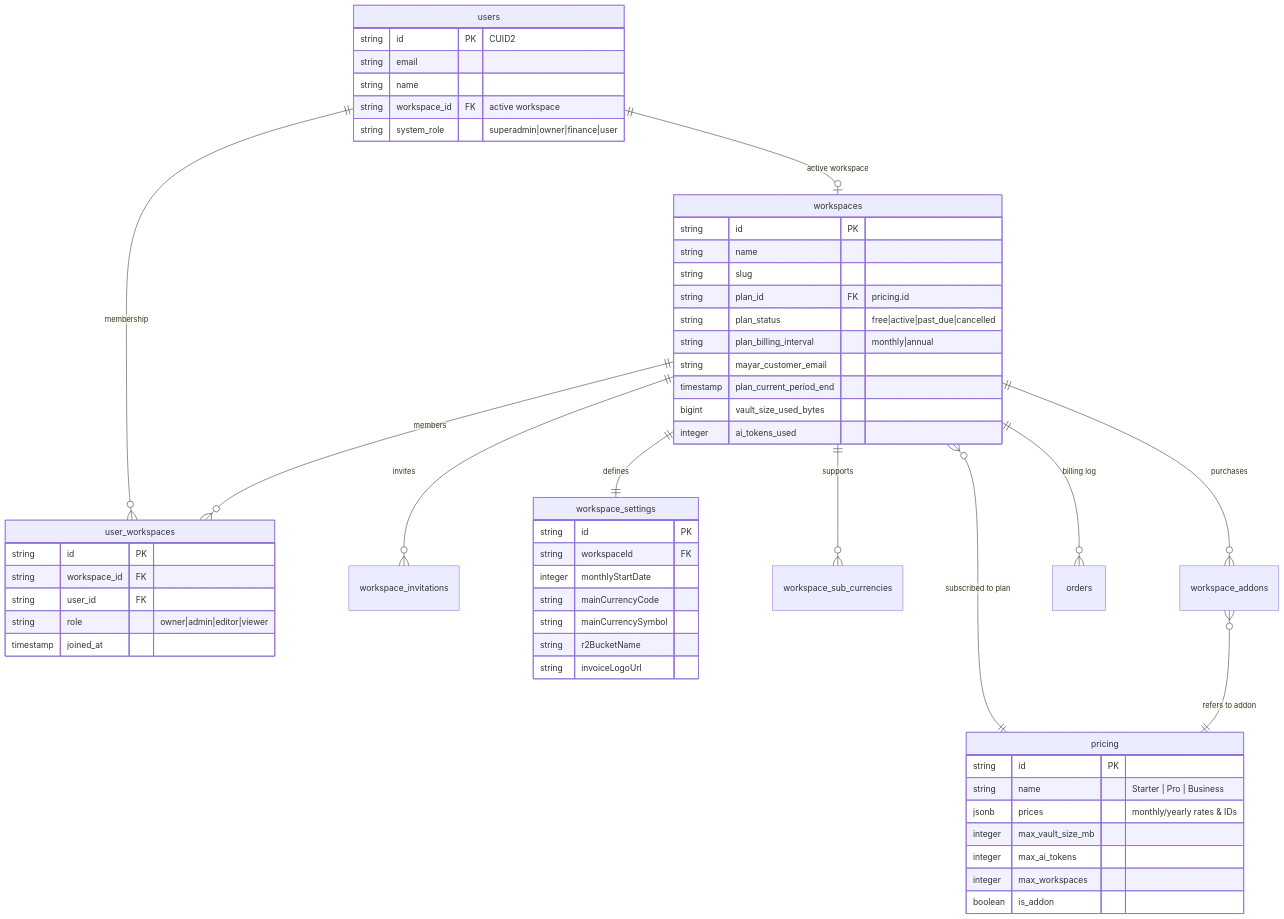
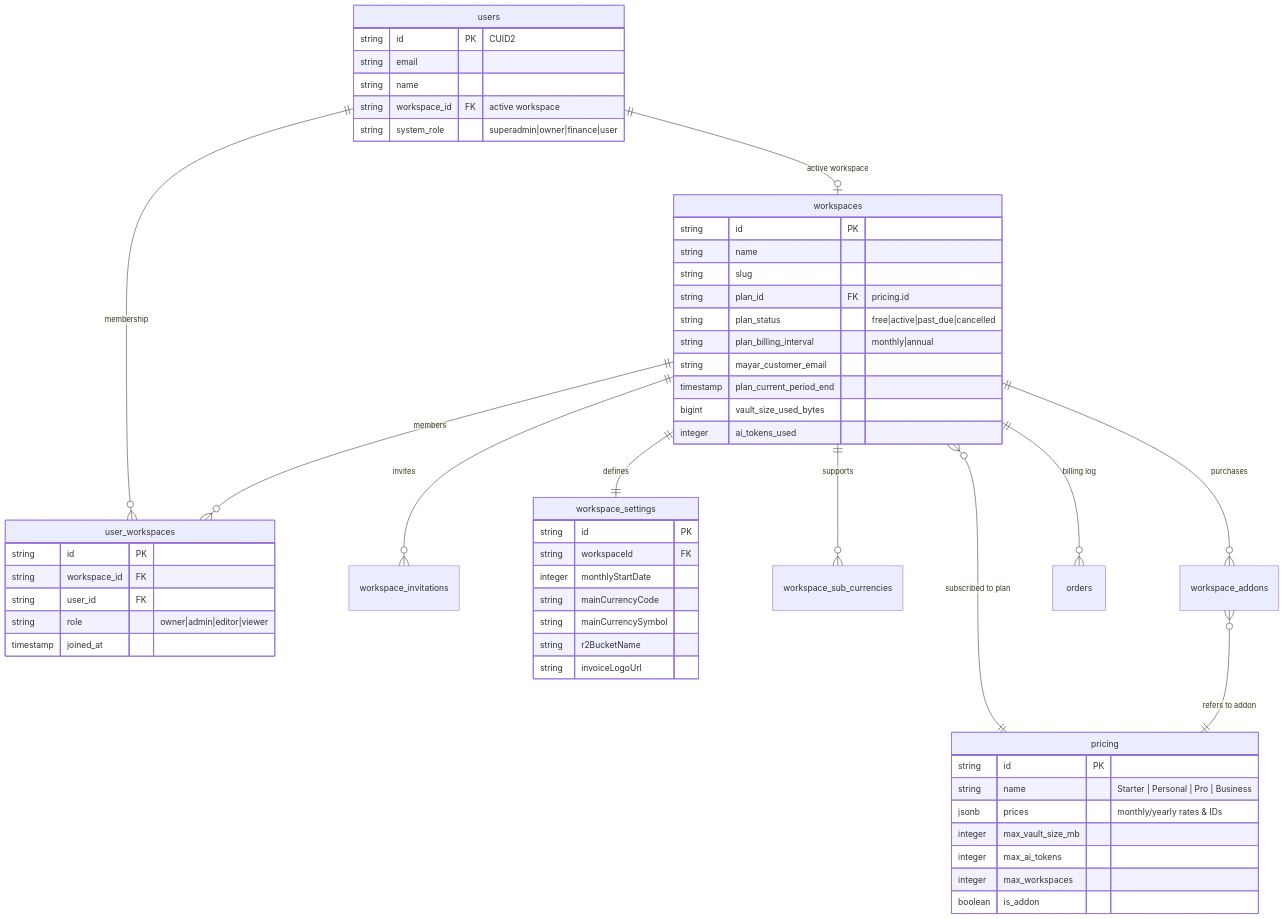
Before and after one commit to lazlanrafar/oewang: the diagram in docs/WORKSPACE_BILLING_SETTINGS.md, drawn with Mermaid. The commit also changed 21 other files, not shown here.

````diff
--- a/docs/WORKSPACE_BILLING_SETTINGS.md
+++ b/docs/WORKSPACE_BILLING_SETTINGS.md
@@ -30,62 +30,62 @@
 ```mermaid
 erDiagram
     users ||--o| workspaces : "active workspace"
     users ||--o{ user_workspaces : "membership"
     workspaces ||--o{ user_workspaces : "members"
     workspaces ||--o{ workspace_invitations : "invites"
     workspaces ||--|| workspace_settings : "defines"
     workspaces ||--o{ workspace_sub_currencies : "supports"
     workspaces ||--o{ workspace_addons : "purchases"
     workspaces }o--|| pricing : "subscribed to plan"
     workspace_addons }o--|| pricing : "refers to addon"
     workspaces ||--o{ orders : "billing log"
 
     users {
         string id PK "CUID2"
         string email
         string name
         string workspace_id FK "active workspace"
         string system_role "superadmin|owner|finance|user"
     }
 
     workspaces {
         string id PK
         string name
         string slug
         string plan_id FK "pricing.id"
         string plan_status "free|active|past_due|cancelled"
         string plan_billing_interval "monthly|annual"
         string mayar_customer_email
         timestamp plan_current_period_end
         bigint vault_size_used_bytes
         integer ai_tokens_used
     }
 
     user_workspaces {
         string id PK
         string workspace_id FK
         string user_id FK
         string role "owner|admin|editor|viewer"
         timestamp joined_at
     }
 
     workspace_settings {
         string id PK
         string workspaceId FK
         integer monthlyStartDate
         string mainCurrencyCode
         string mainCurrencySymbol
         string r2BucketName
         string invoiceLogoUrl
     }
 
     pricing {
         string id PK
-        string name "Starter | Pro | Business"
+        string name "Starter | Personal | Pro | Business"
         jsonb prices "monthly/yearly rates & IDs"
         integer max_vault_size_mb
         integer max_ai_tokens
         integer max_workspaces
         boolean is_addon
     }
 ```
````
